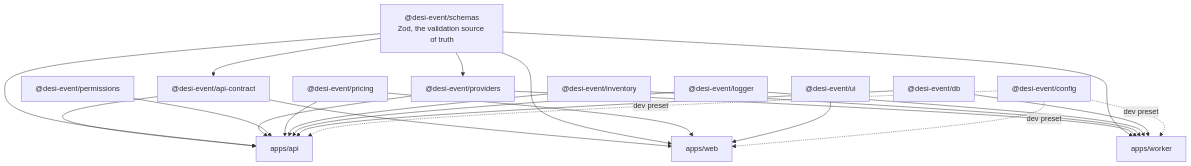
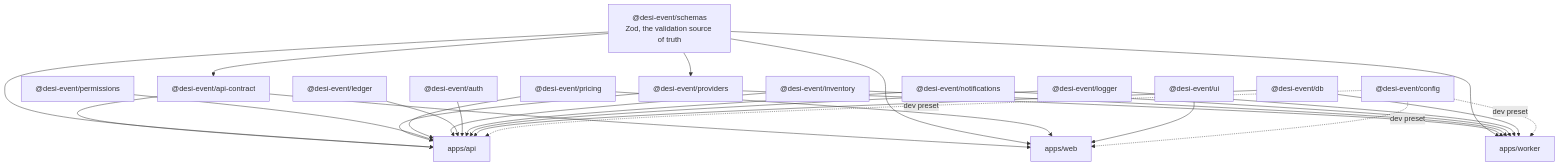
Before and after one commit to KevinD003/desi-event.com: the sixth of 8 diagrams in docs/architecture.md, drawn with Mermaid. The commit also changed other lines of this file and 14 other files, not shown here.

````diff
--- a/docs/architecture.md
+++ b/docs/architecture.md
@@ -363,42 +363,49 @@
 ```mermaid
 flowchart TD
   schemas["@desi-event/schemas<br/>Zod, the validation source of truth"]
   contract["@desi-event/api-contract"]
   providers["@desi-event/providers"]
   permissions["@desi-event/permissions"]
   pricing["@desi-event/pricing"]
   inventory["@desi-event/inventory"]
+  ledger["@desi-event/ledger"]
+  auth["@desi-event/auth"]
+  notifications["@desi-event/notifications"]
   logger["@desi-event/logger"]
   db["@desi-event/db"]
   ui["@desi-event/ui"]
   config["@desi-event/config"]
 
   api["apps/api"]
   web["apps/web"]
   worker["apps/worker"]
 
   schemas --> contract
   schemas --> providers
 
   contract --> api
   contract --> web
   schemas --> api
   schemas --> web
   schemas --> worker
   providers --> api
   providers --> worker
   permissions --> api
   pricing --> api
   pricing --> web
   inventory --> api
   inventory --> worker
+  ledger --> api
+  auth --> api
+  notifications --> api
+  notifications --> worker
   logger --> api
   logger --> worker
   db --> api
   db --> worker
   ui --> web
 
   config -.->|dev preset| api
   config -.->|dev preset| web
   config -.->|dev preset| worker
 ```
````
